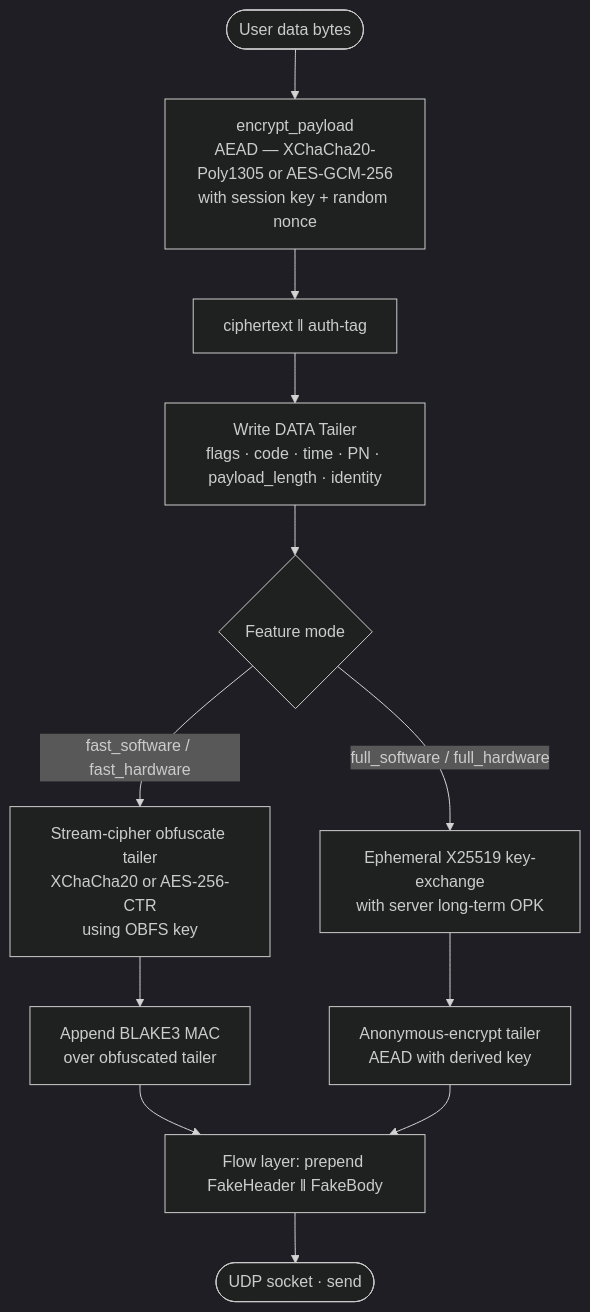
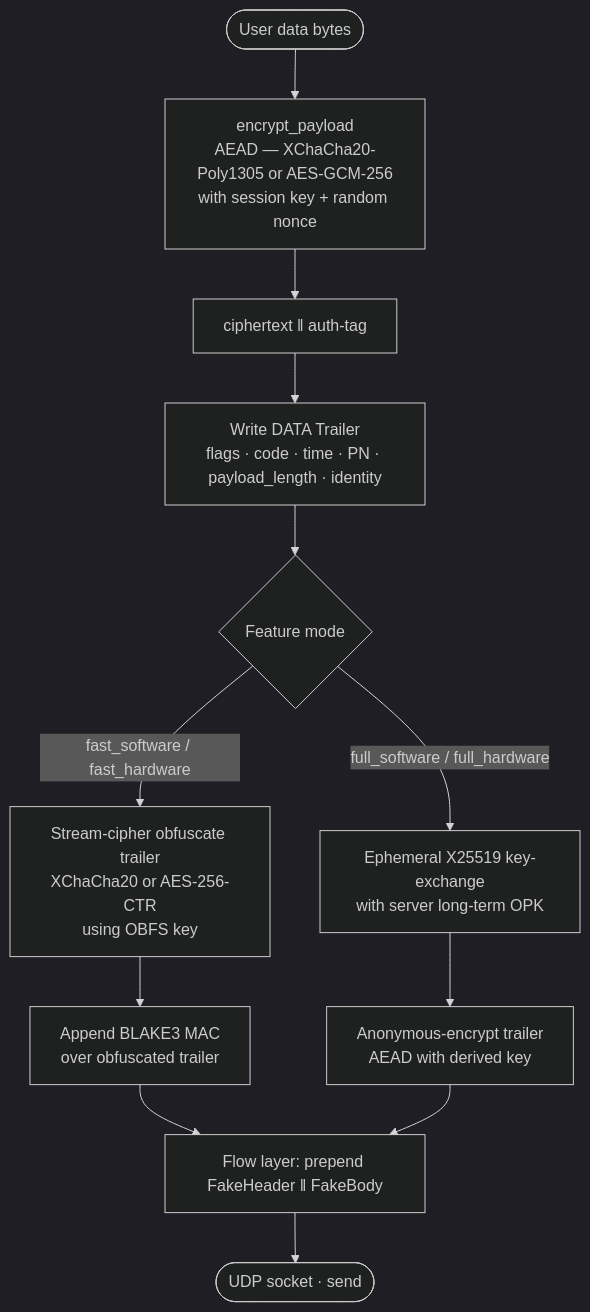
Before and after one commit to pseusys/TYPHOON: the seventh of 13 diagrams in PROTOCOL.md, drawn with Mermaid (dark theme). The commit also changed other lines of this file and 59 other files, not shown here.

````diff
--- a/PROTOCOL.md
+++ b/PROTOCOL.md
@@ -638,16 +638,16 @@
 ```mermaid
 flowchart TD
     A([User data bytes]) --> B[encrypt_payload\nAEAD — XChaCha20-Poly1305 or AES-GCM-256\nwith session key + random nonce]
     B --> C[ciphertext ‖ auth-tag]
-    C --> D[Write DATA Tailer\nflags · code · time · PN · payload_length · identity]
+    C --> D[Write DATA Trailer\nflags · code · time · PN · payload_length · identity]
 
     D --> FM{Feature mode}
-    FM -- fast_software / fast_hardware --> E1[Stream-cipher obfuscate tailer\nXChaCha20 or AES-256-CTR\nusing OBFS key]
-    E1 --> E2[Append BLAKE3 MAC\nover obfuscated tailer]
+    FM -- fast_software / fast_hardware --> E1[Stream-cipher obfuscate trailer\nXChaCha20 or AES-256-CTR\nusing OBFS key]
+    E1 --> E2[Append BLAKE3 MAC\nover obfuscated trailer]
     FM -- full_software / full_hardware --> F1[Ephemeral X25519 key-exchange\nwith server long-term OPK]
-    F1 --> F2[Anonymous-encrypt tailer\nAEAD with derived key]
+    F1 --> F2[Anonymous-encrypt trailer\nAEAD with derived key]
 
     E2 --> G[Flow layer: prepend FakeHeader ‖ FakeBody]
     F2 --> G
     G --> H([UDP socket · send])
 ```
````
